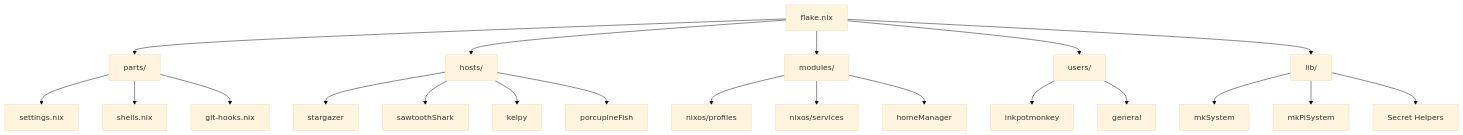
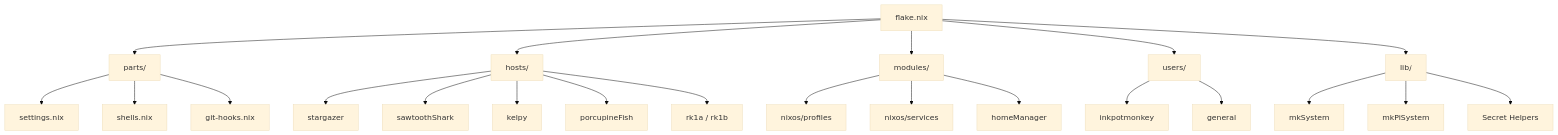
One commit to inkpot-monkey/palimpsest changed the diagram in README.md. Above: the diagram before and after it, drawn with Mermaid (base theme). The commit also changed 1 other file, not shown here.

Commit message:
docs(rk1): document RK1 node setup
Adds hosts/rk1/README.md (flash, deploy, model download, verify, options) and lists the nodes in the root README.

````diff
--- a/README.md
+++ b/README.md
@@ -9,28 +9,29 @@
 ```mermaid
 graph TD
     A[flake.nix] --> B[parts/]
     A --> C[hosts/]
     A --> D[modules/]
     A --> E[users/]
     A --> F[lib/]
     
     B --> B1[settings.nix]
     B --> B2[shells.nix]
     B --> B3[git-hooks.nix]
     
     C --> C1[stargazer]
     C --> C2[sawtoothShark]
     C --> C3[kelpy]
     C --> C4[porcupineFish]
+    C --> C5[rk1a / rk1b]
     
     D --> D1[nixos/profiles]
     D --> D2[nixos/services]
     D --> D3[homeManager]
     
     E --> E1[inkpotmonkey]
     E --> E2[general]
     
     F --> F1[mkSystem]
     F --> F2[mkPiSystem]
     F --> F3[Secret Helpers]
 ```
````
